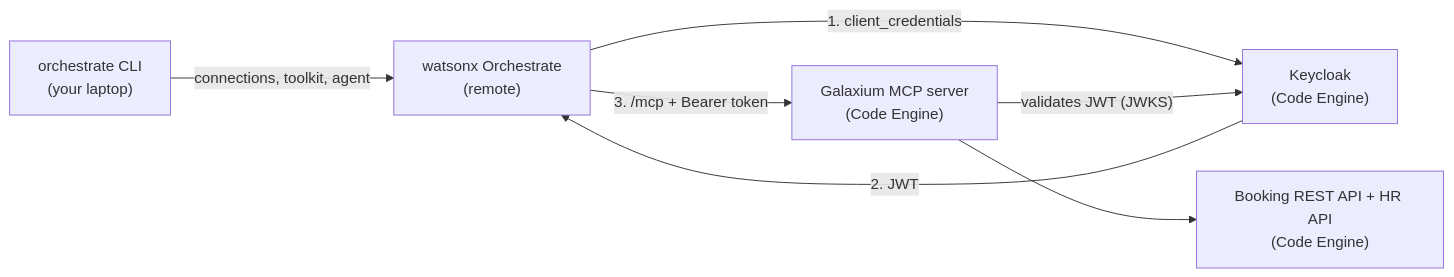
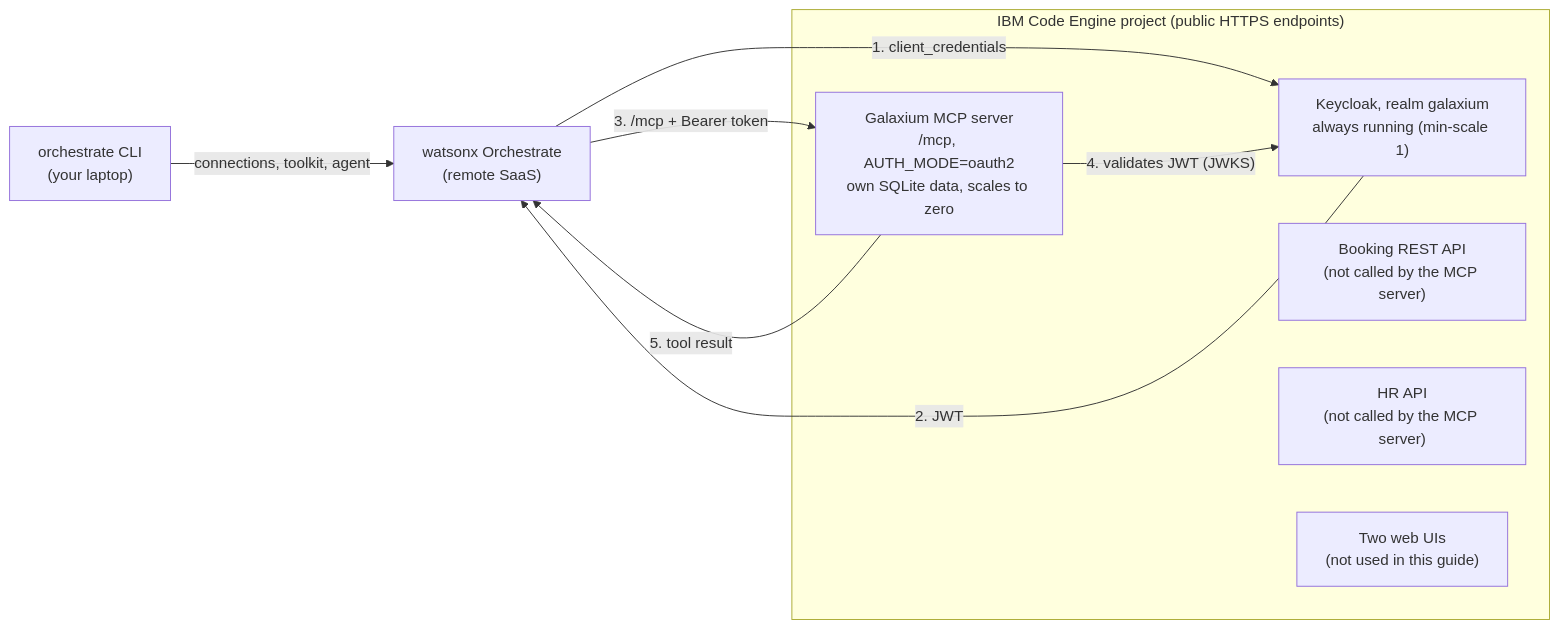
The diagram in README.md (thomassuedbroecker/galaxium-travels-watsonx-orchestrate-mcp-oauth), drawn with Mermaid before and after one commit. The commit also changed other lines of this file and 9 other files, not shown here.

````diff
--- a/README.md
+++ b/README.md
@@ -18,9 +63,16 @@
 ```mermaid
 graph LR
-    ADK["orchestrate CLI<br/>(your laptop)"] -->|"connections, toolkit, agent"| WXO["watsonx Orchestrate<br/>(remote)"]
-    WXO -->|"1. client_credentials"| KC["Keycloak<br/>(Code Engine)"]
+    ADK["orchestrate CLI<br/>(your laptop)"] -->|"connections, toolkit, agent"| WXO["watsonx Orchestrate<br/>(remote SaaS)"]
+    subgraph CE["IBM Code Engine project (public HTTPS endpoints)"]
+        KC["Keycloak, realm galaxium<br/>always running (min-scale 1)"]
+        MCP["Galaxium MCP server<br/>/mcp, AUTH_MODE=oauth2<br/>own SQLite data, scales to zero"]
+        BOOK["Booking REST API<br/>(not called by the MCP server)"]
+        HR["HR API<br/>(not called by the MCP server)"]
+        UI["Two web UIs<br/>(not used in this guide)"]
+    end
+    WXO -->|"1. client_credentials"| KC
     KC -->|"2. JWT"| WXO
-    WXO -->|"3. /mcp + Bearer token"| MCP["Galaxium MCP server<br/>(Code Engine)"]
-    MCP -->|"validates JWT (JWKS)"| KC
-    MCP --> API["Booking REST API + HR API<br/>(Code Engine)"]
+    WXO -->|"3. /mcp + Bearer token"| MCP
+    MCP -->|"4. validates JWT (JWKS)"| KC
+    MCP -->|"5. tool result"| WXO
 ```
````
